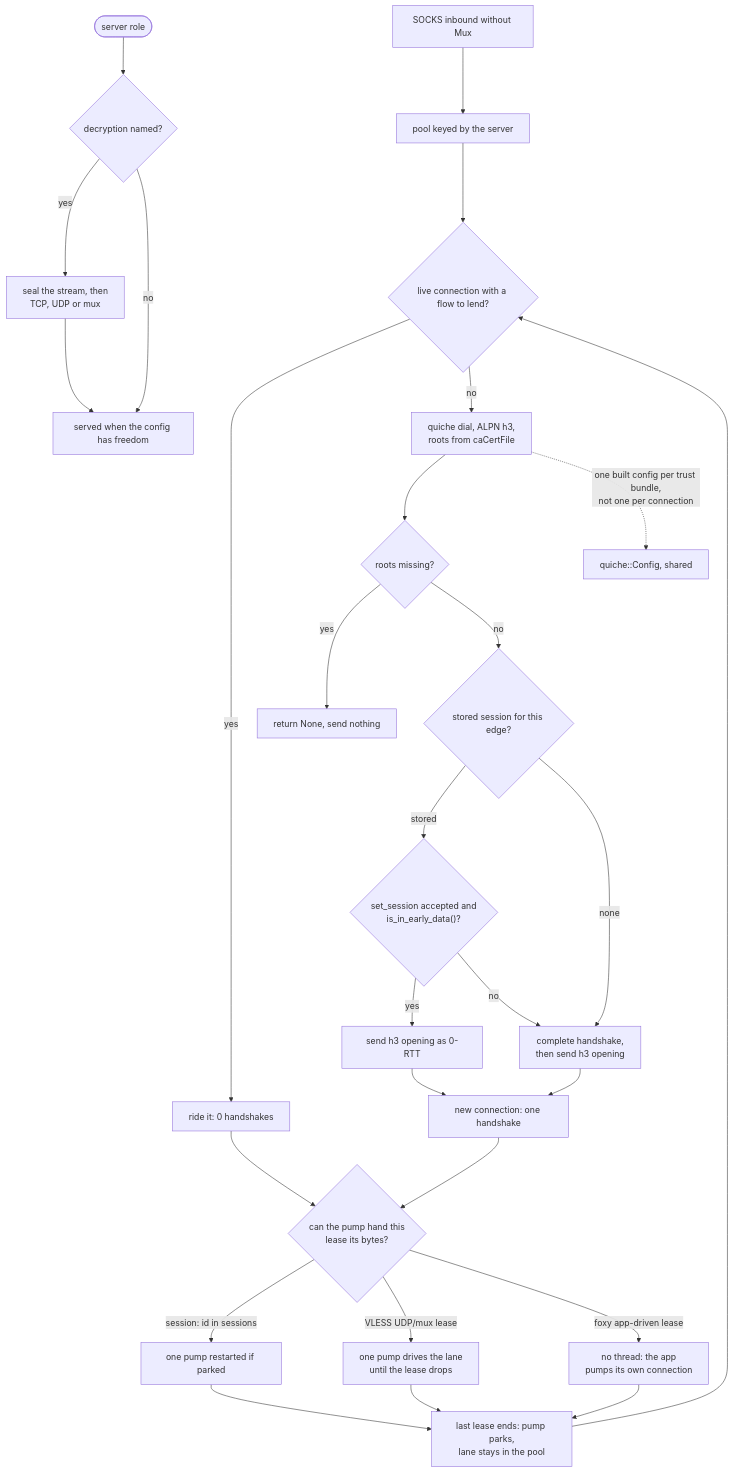
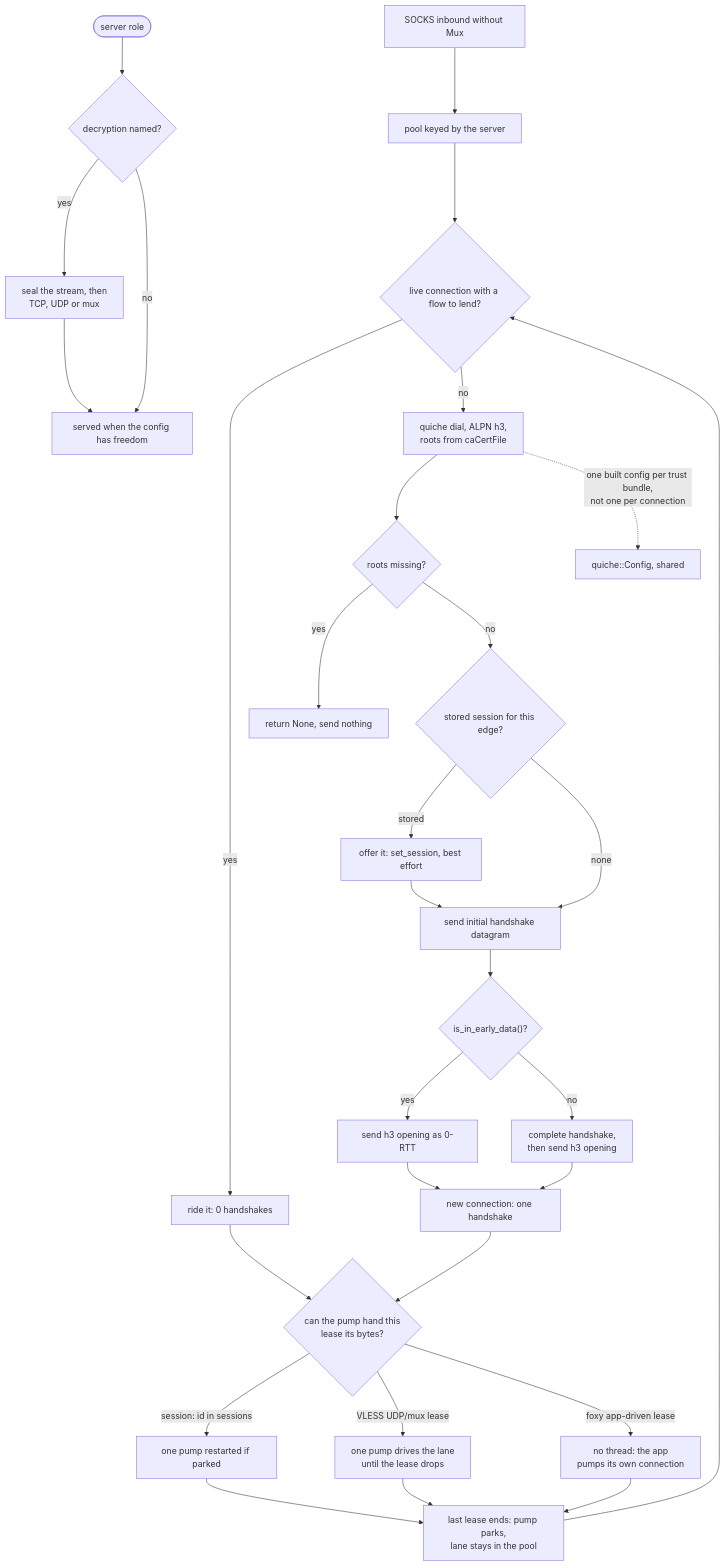
One commit to Ferrocite/ferrox changed the diagram in docs/function/carrier-quic.md. Above: the diagram before and after it, drawn with Mermaid.

Commit message:
docs: show the session offer before the QUIC early-data check
The graph now sends the initial handshake datagram after the best-effort set_session offer and decides 0-RTT from is_in_early_data, matching handshake_within.

````diff
--- a/docs/function/carrier-quic.md
+++ b/docs/function/carrier-quic.md
@@ -25,30 +25,32 @@
 ```mermaid
 graph TD
     S["SOCKS inbound without Mux"] --> P["pool keyed by the server"]
     P --> Q{"live connection with a flow to lend?"}
     Q -- yes --> U["ride it: 0 handshakes"]
     Q -- no --> D["quiche dial, ALPN h3,<br/>roots from caCertFile"]
     D --> N{"roots missing?"}
     N -- yes --> X["return None, send nothing"]
     N -- no --> R0{"stored session for this edge?"}
-    R0 -- "stored" --> EA{"set_session accepted and<br/>is_in_early_data()?"}
+    R0 -- "stored" --> S0["offer it: set_session, best effort"]
+    R0 -- "none" --> H0["send initial handshake datagram"]
+    S0 --> H0
+    H0 --> EA{"is_in_early_data()?"}
     EA -- yes --> EA0["send h3 opening as 0-RTT"]
     EA -- no --> EA1["complete handshake,<br/>then send h3 opening"]
-    R0 -- "none" --> EA1
     EA0 --> C0["new connection: one handshake"]
     EA1 --> C0
     C0 --> V
     U --> V{"can the pump hand this<br/>lease its bytes?"}
     V -- "session: id in sessions" --> W["one pump restarted if parked"]
     V -- "VLESS UDP/mux lease" --> W2["one pump drives the lane<br/>until the lease drops"]
     V -- "foxy app-driven lease" --> Y["no thread: the app<br/>pumps its own connection"]
     W --> K["last lease ends: pump parks,<br/>lane stays in the pool"]
     W2 --> K
     Y --> K
     K --> Q
     D -. "one built config per trust bundle,<br/>not one per connection" .-> CF["quiche::Config, shared"]
     H(["server role"]) --> E{"decryption named?"}
     E -- yes --> ES["seal the stream, then<br/>TCP, UDP or mux"]
     E -- no --> R["served when the config has freedom"]
     ES --> R
 ```
````
